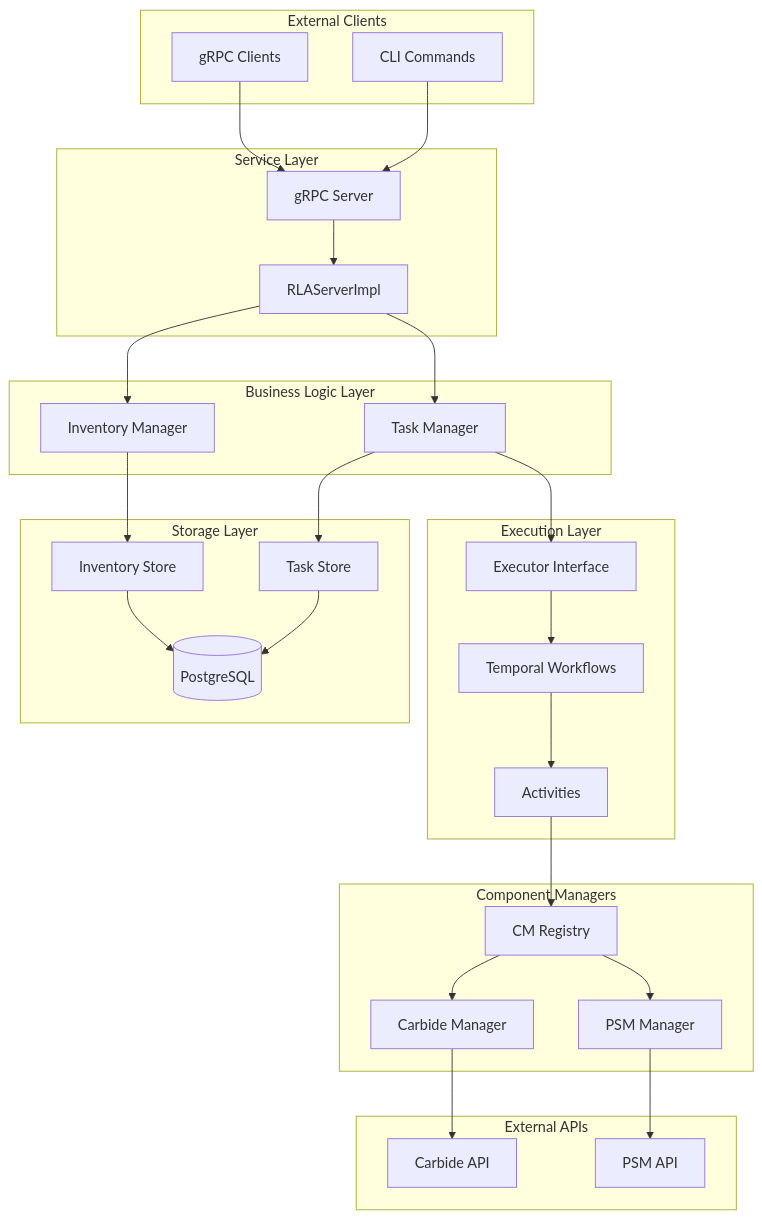
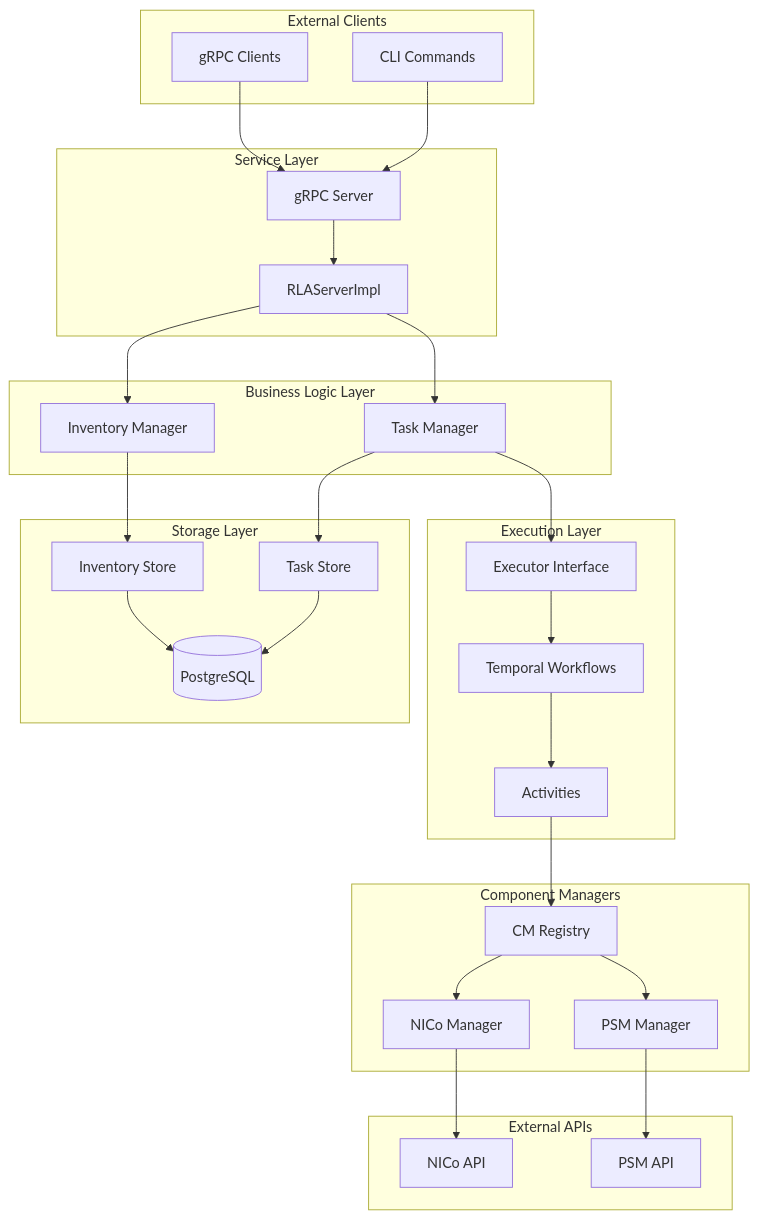
Before and after one commit to NVIDIA/ncx-infra-controller-rest: the first of 3 diagrams in rla/docs/rla-architecture.md, drawn with Mermaid. The commit also changed other lines of this file and 776 other files, not shown here.

First line of the commit message:
feat!: rename carbide/forge → NVIDIA Infrastructure Controller (NICo)

````diff
--- a/rla/docs/rla-architecture.md
+++ b/rla/docs/rla-architecture.md
@@ -44,58 +44,58 @@
 ```mermaid
 flowchart TB
     subgraph external [External Clients]
         grpcClient[gRPC Clients]
         cli[CLI Commands]
     end
 
     subgraph service [Service Layer]
         grpcServer[gRPC Server]
         serverImpl[RLAServerImpl]
     end
 
     subgraph business [Business Logic Layer]
         invManager[Inventory Manager]
         taskManager[Task Manager]
     end
 
     subgraph storage [Storage Layer]
         invStore[Inventory Store]
         taskStore[Task Store]
         postgres[(PostgreSQL)]
     end
 
     subgraph execution [Execution Layer]
         executor[Executor Interface]
         temporal[Temporal Workflows]
         activities[Activities]
     end
 
     subgraph componentmgr [Component Managers]
         cmRegistry[CM Registry]
-        carbideCM[Carbide Manager]
+        nicoCM[NICo Manager]
         psmCM[PSM Manager]
     end
 
     subgraph external_apis [External APIs]
-        carbideAPI[Carbide API]
+        nicoAPI[NICo API]
         psmAPI[PSM API]
     end
 
     grpcClient --> grpcServer
     cli --> grpcServer
     grpcServer --> serverImpl
     serverImpl --> invManager
     serverImpl --> taskManager
     invManager --> invStore
     taskManager --> taskStore
     taskManager --> executor
     invStore --> postgres
     taskStore --> postgres
     executor --> temporal
     temporal --> activities
     activities --> cmRegistry
-    cmRegistry --> carbideCM
+    cmRegistry --> nicoCM
     cmRegistry --> psmCM
-    carbideCM --> carbideAPI
+    nicoCM --> nicoAPI
     psmCM --> psmAPI
 ```
````
